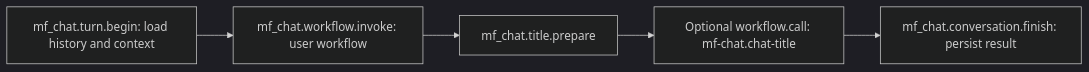
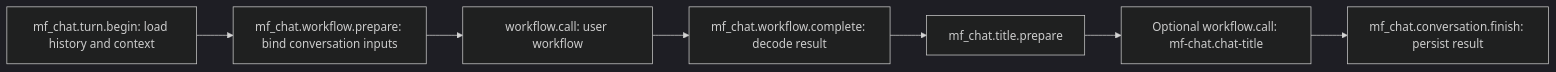
The diagram in docs/chat.md (linw1995/miniflow), drawn with Mermaid (dark theme) before and after one commit. The commit also changed other lines of this file and 7 other files, not shown here.

Commit message:
refactor(cli): invoke embedded chat flows through workflow.call

````diff
--- a/docs/chat.md
+++ b/docs/chat.md
@@ -58,7 +58,9 @@
 ```mermaid
 flowchart LR
-    Begin["mf_chat.turn.begin: load history and context"] --> Invoke["mf_chat.workflow.invoke: user workflow"]
-    Invoke --> Prepare["mf_chat.title.prepare"]
+    Begin["mf_chat.turn.begin: load history and context"] --> PrepareCall["mf_chat.workflow.prepare: bind conversation inputs"]
+    PrepareCall --> Invoke["workflow.call: user workflow"]
+    Invoke --> CompleteCall["mf_chat.workflow.complete: decode result"]
+    CompleteCall --> Prepare["mf_chat.title.prepare"]
     Prepare --> Title["Optional workflow.call: mf-chat.chat-title"]
     Title --> Finish["mf_chat.conversation.finish: persist result"]
 ```
````
